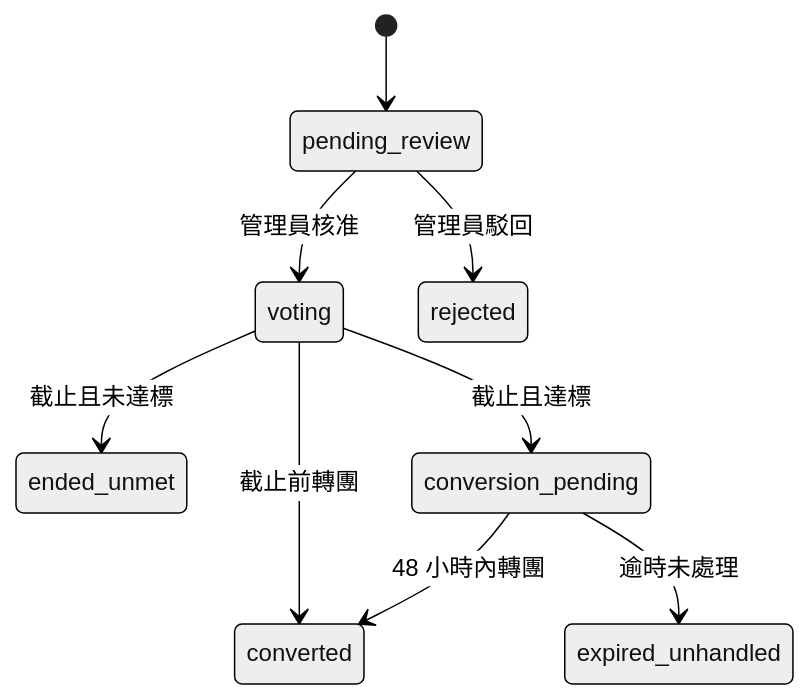
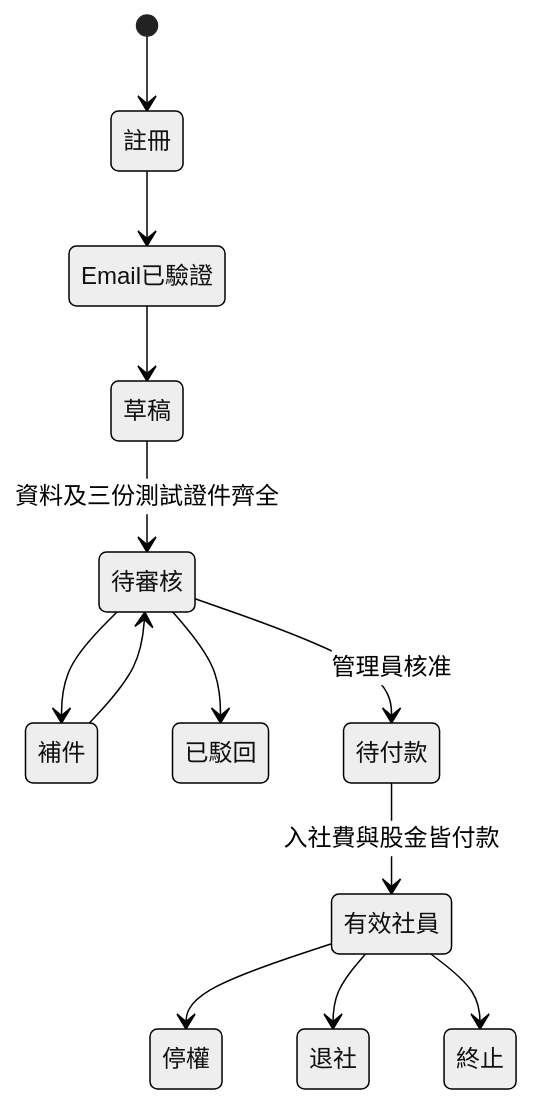
The second of 2 diagrams in docs/ARCHITECTURE.md (Wayne725/shilifangyuan-farm-app), drawn with Mermaid (neutral theme) before and after one commit. The commit also changed other lines of this file and 80 other files, not shown here.

````diff
--- a/docs/ARCHITECTURE.md
+++ b/docs/ARCHITECTURE.md
@@ -53,11 +45,15 @@
 ```mermaid
 stateDiagram-v2
-    [*] --> pending_review
-    pending_review --> voting: 管理員核准
-    pending_review --> rejected: 管理員駁回
-    voting --> ended_unmet: 截止且未達標
-    voting --> conversion_pending: 截止且達標
-    voting --> converted: 截止前轉團
-    conversion_pending --> converted: 48 小時內轉團
-    conversion_pending --> expired_unhandled: 逾時未處理
+    [*] --> 註冊
+    註冊 --> Email已驗證
+    Email已驗證 --> 草稿
+    草稿 --> 待審核: 資料及三份測試證件齊全
+    待審核 --> 補件
+    補件 --> 待審核
+    待審核 --> 已駁回
+    待審核 --> 待付款: 管理員核准
+    待付款 --> 有效社員: 入社費與股金皆付款
+    有效社員 --> 停權
+    有效社員 --> 退社
+    有效社員 --> 終止
 ```
````
